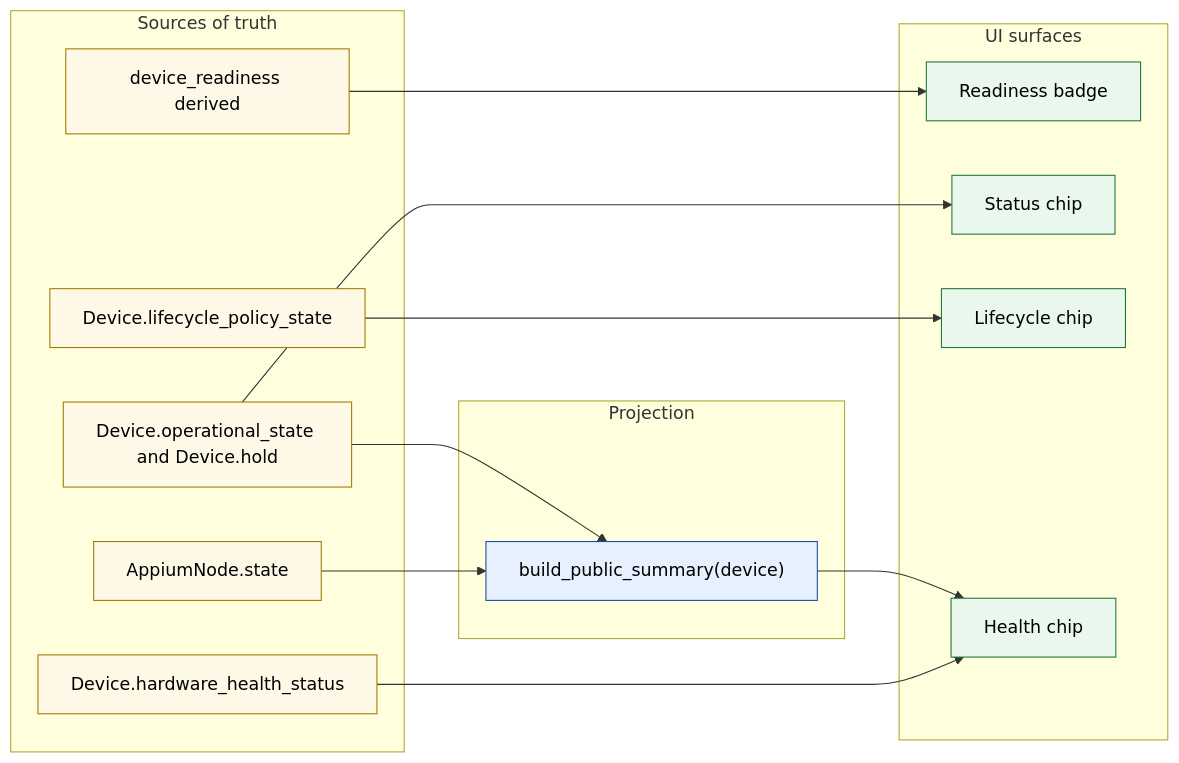
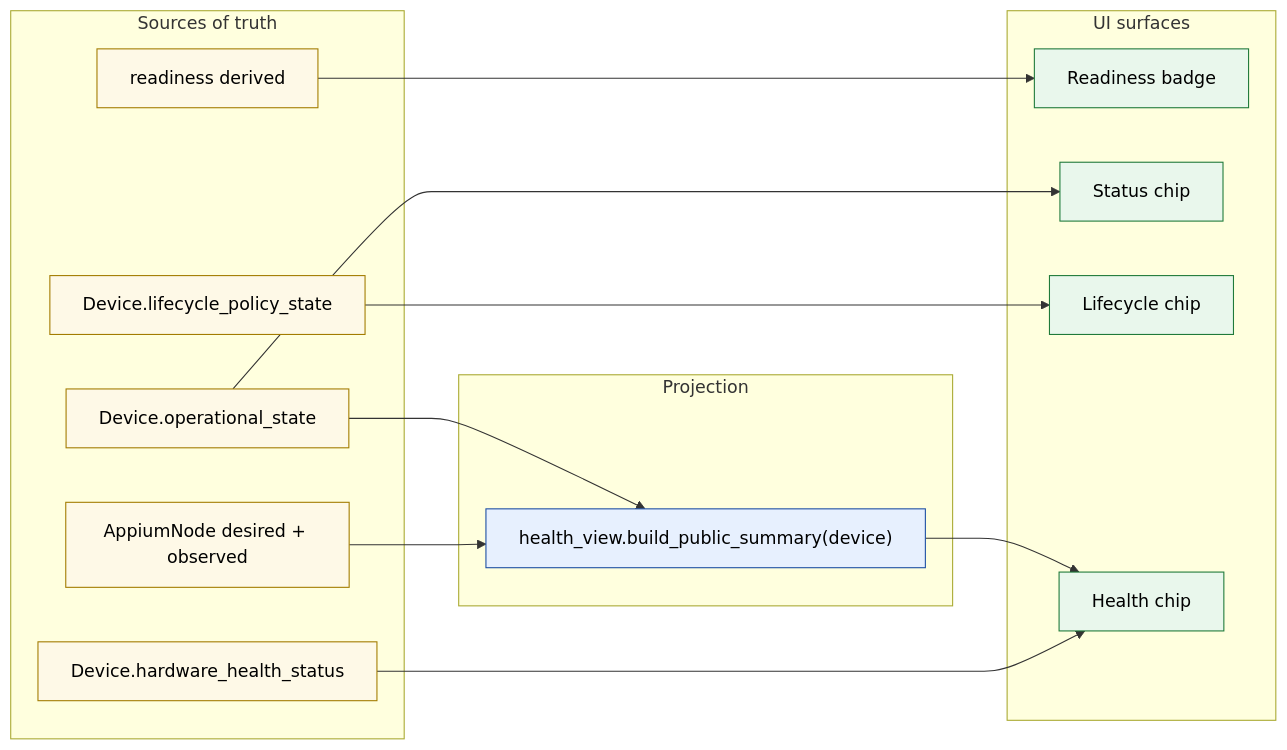
One commit to quidow/gridfleet changed the second of 2 diagrams in docs/design/01-device-state-model.md. Above: the diagram before and after it, drawn with Mermaid. The commit also changed other lines of this file and 58 other files, not shown here.

````diff
--- a/docs/design/01-device-state-model.md
+++ b/docs/design/01-device-state-model.md
@@ -212,33 +225,33 @@
 ```mermaid
 flowchart LR
     classDef col fill:#fef9e7,stroke:#a37c00,color:#000
     classDef proj fill:#e7f0fe,stroke:#1c4ea3,color:#000
     classDef ui fill:#e9f7ec,stroke:#1f7a3a,color:#000
 
     subgraph Sources of truth
-      ready["device_readiness derived"]:::col
-      state["Device.operational_state and Device.hold"]:::col
+      ready["readiness derived"]:::col
+      state["Device.operational_state"]:::col
       lc["Device.lifecycle_policy_state"]:::col
       hw["Device.hardware_health_status"]:::col
-      node["AppiumNode.state"]:::col
+      node["AppiumNode desired + observed"]:::col
     end
 
     subgraph Projection
-      derived["build_public_summary(device)"]:::proj
+      derived["health_view.build_public_summary(device)"]:::proj
     end
 
     subgraph UI surfaces
       readyBadge["Readiness badge"]:::ui
       statusChip["Status chip"]:::ui
       lcChip["Lifecycle chip"]:::ui
       healthChip["Health chip"]:::ui
     end
 
     ready --> readyBadge
     state --> statusChip
     lc --> lcChip
     hw --> healthChip
     node --> derived
     state --> derived
     derived --> healthChip
 ```
````
